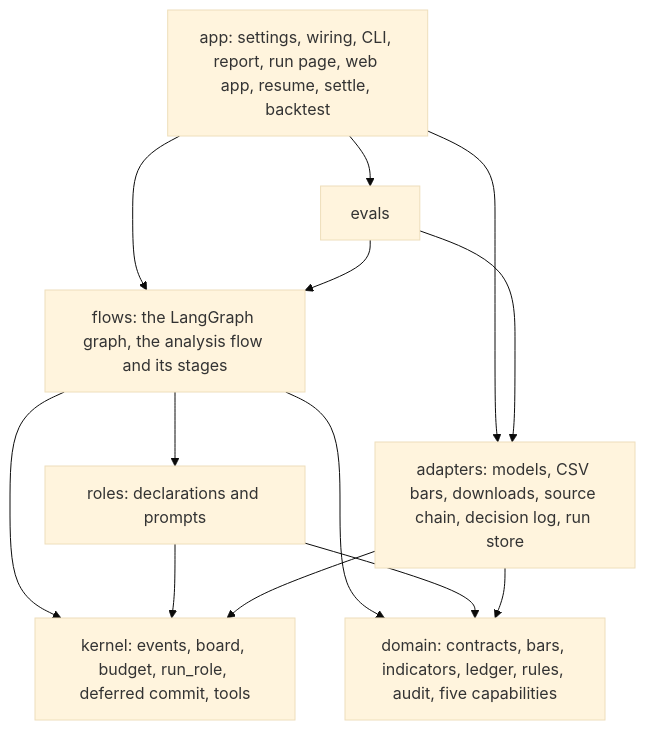
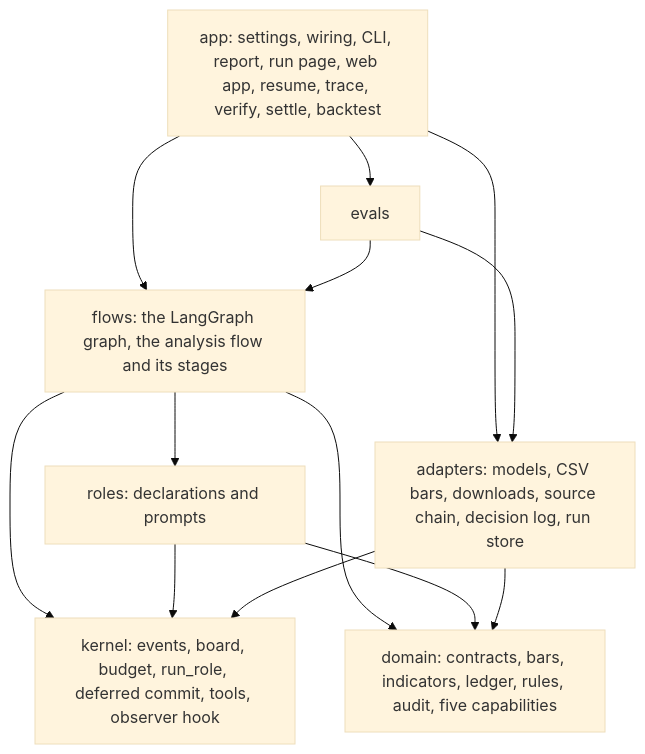
One commit to YinanZhaoXometry/InsightCrew changed the diagram in docs/ARCHITECTURE.md. Above: the diagram before and after it, drawn with Mermaid (base theme). The commit also changed other lines of this file and 6 other files, not shown here.

````diff
--- a/docs/ARCHITECTURE.md
+++ b/docs/ARCHITECTURE.md
@@ -56,15 +57,15 @@
 ```mermaid
 flowchart TB
-    app["app: settings, wiring, CLI, report, run page, web app, resume, settle, backtest"] --> evals["evals"]
+    app["app: settings, wiring, CLI, report, run page, web app, resume, trace, verify, settle, backtest"] --> evals["evals"]
     app --> adapters["adapters: models, CSV bars, downloads, source chain, decision log, run store"]
     app --> flows["flows: the LangGraph graph, the analysis flow and its stages"]
     evals --> adapters
     evals --> flows
     flows --> roles["roles: declarations and prompts"]
     flows --> domain["domain: contracts, bars, indicators, ledger, rules, audit, five capabilities"]
-    flows --> kernel["kernel: events, board, budget, run_role, deferred commit, tools"]
+    flows --> kernel["kernel: events, board, budget, run_role, deferred commit, tools, observer hook"]
     roles --> domain
     roles --> kernel
     adapters --> kernel
     adapters --> domain
 ```
````
